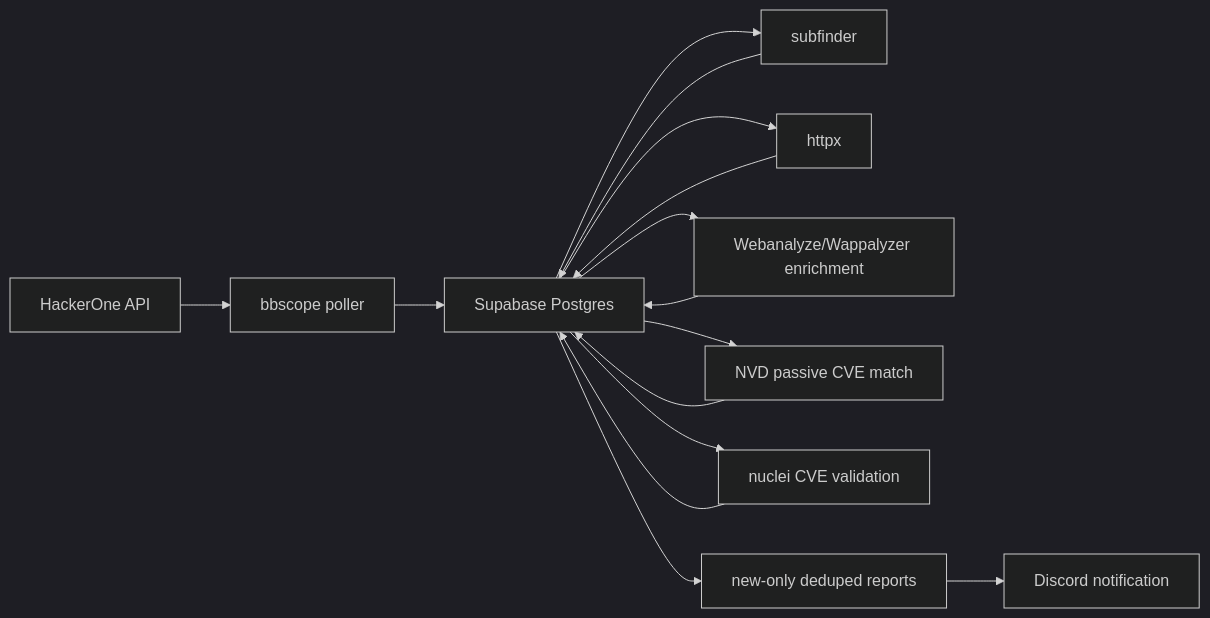
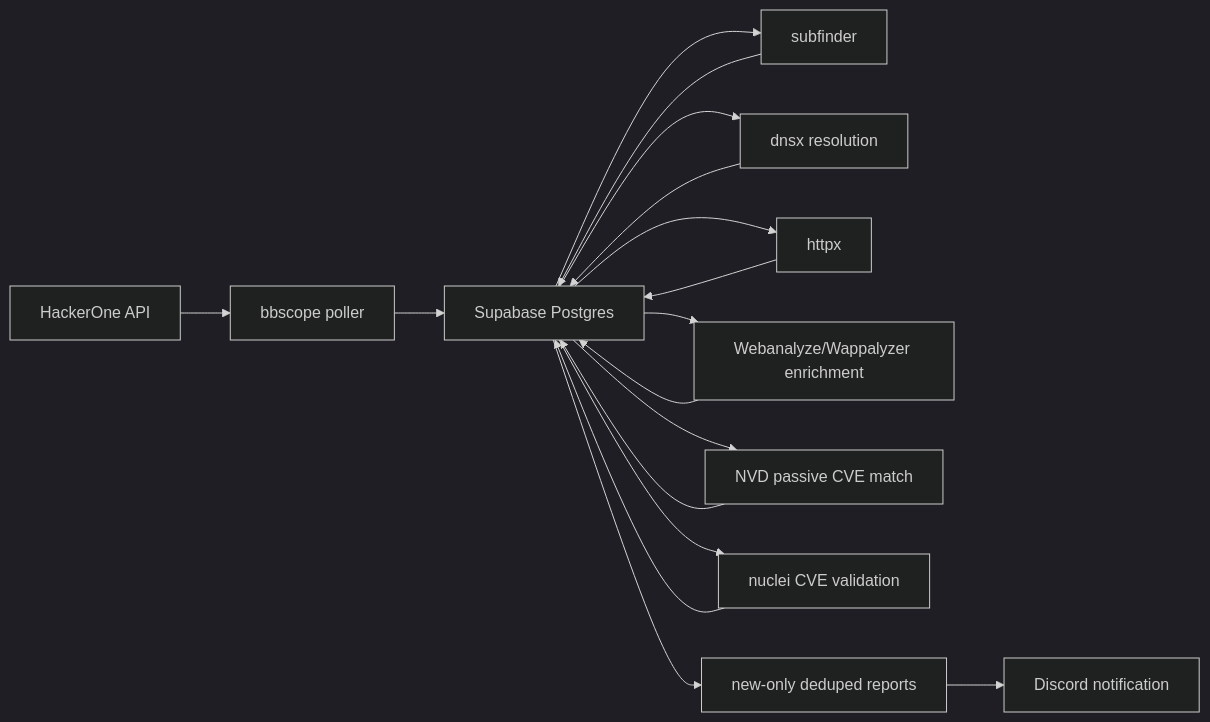
The diagram in docs/ARCHITECTURE.md (rafabd1/ZERO), drawn with Mermaid (dark theme) before and after one commit. The commit also changed other lines of this file and 33 other files, not shown here.

````diff
--- a/docs/ARCHITECTURE.md
+++ b/docs/ARCHITECTURE.md
@@ -5,17 +5,19 @@
 ```mermaid
 flowchart LR
   H1["HackerOne API"] --> BBS["bbscope poller"]
   BBS --> DB["Supabase Postgres"]
   DB --> SF["subfinder"]
   SF --> DB
+  DB --> DNSX["dnsx resolution"]
+  DNSX --> DB
   DB --> HX["httpx"]
   HX --> DB
   DB --> WA["Webanalyze/Wappalyzer enrichment"]
   WA --> DB
   DB --> NVD["NVD passive CVE match"]
   NVD --> DB
   DB --> NUCLEI["nuclei CVE validation"]
   NUCLEI --> DB
   DB --> REPORT["new-only deduped reports"]
   REPORT --> DISCORD["Discord notification"]
 ```
````
